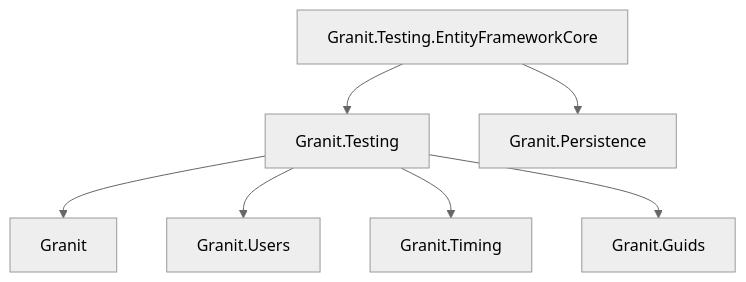
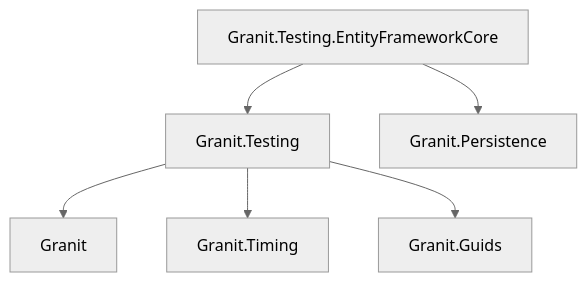
One commit to granit-fx/granit-docs changed the diagram in src/content/docs/dotnet/guides/testing.mdx. Above: the diagram before and after it, drawn with Mermaid (neutral theme). The commit also changed other lines of this file and 14 other files, not shown here.

````diff
--- a/src/content/docs/dotnet/guides/testing.mdx
+++ b/src/content/docs/dotnet/guides/testing.mdx
@@ -30,9 +30,8 @@
 ```mermaid
 graph TD
     T[Granit.Testing] --> C[Granit]
-    T --> S[Granit.Users]
     T --> Ti[Granit.Timing]
     T --> G[Granit.Guids]
     TEF[Granit.Testing.EntityFrameworkCore] --> T
     TEF --> P[Granit.Persistence]
 ```
````
